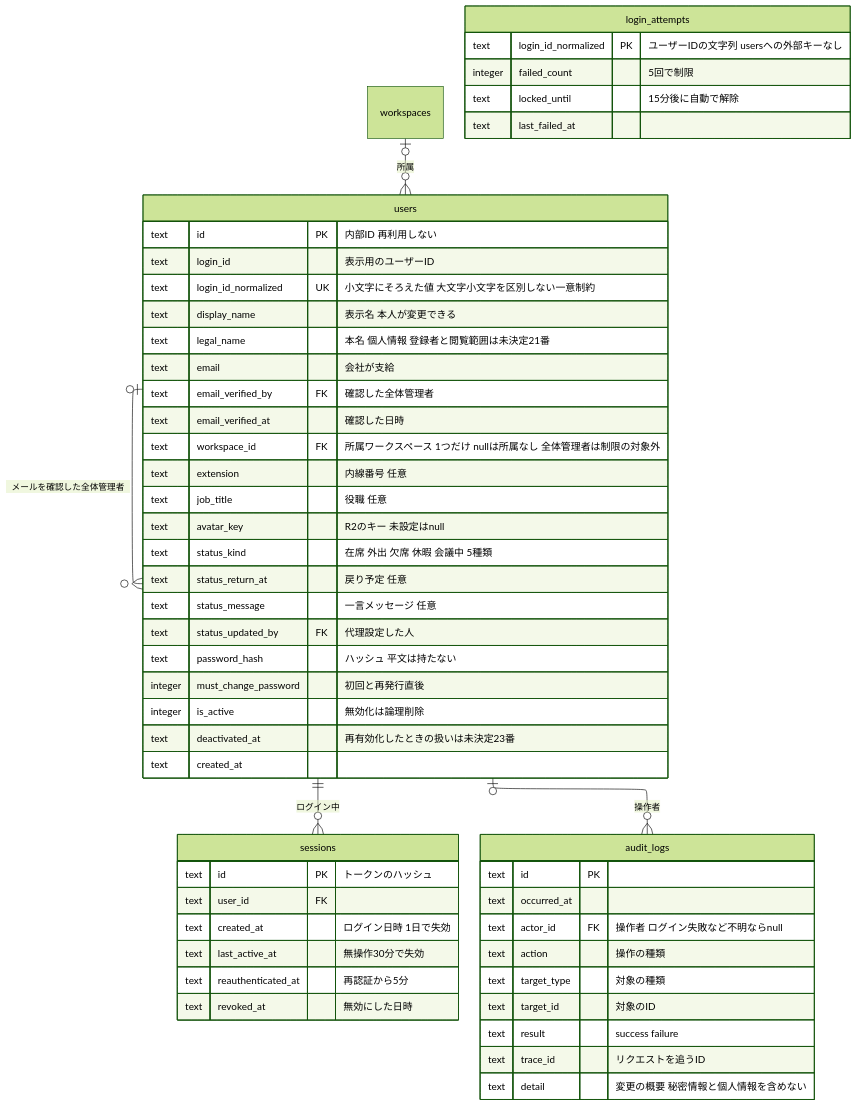
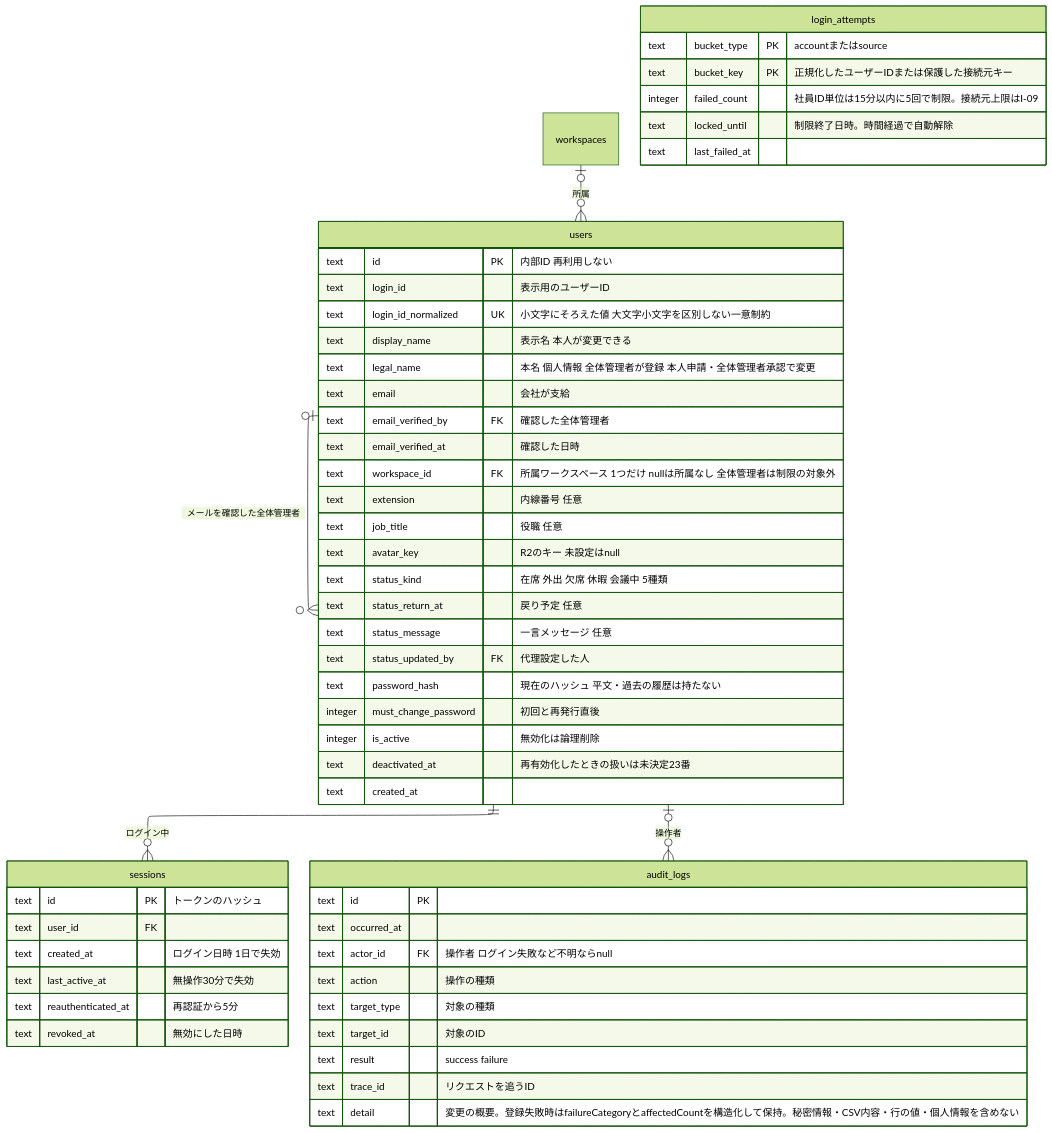
One commit to yamamotonaoki3/internal-system changed the fifth of 8 diagrams in docs/requirements/data-model.md. Above: the diagram before and after it, drawn with Mermaid (forest theme). The commit also changed other lines of this file and 20 other files, not shown here.

````diff
--- a/docs/requirements/data-model.md
+++ b/docs/requirements/data-model.md
@@ -140,60 +142,61 @@
 ```mermaid
 ---
 config:
   layout: elk
 ---
 erDiagram
     workspaces |o--o{ users : "所属"
     users ||--o{ sessions : "ログイン中"
     users |o--o{ audit_logs : "操作者"
     users |o--o{ users : "メールを確認した全体管理者"
 
     users {
         text id PK "内部ID 再利用しない"
         text login_id "表示用のユーザーID"
         text login_id_normalized UK "小文字にそろえた値 大文字小文字を区別しない一意制約"
         text display_name "表示名 本人が変更できる"
-        text legal_name "本名 個人情報 登録者と閲覧範囲は未決定21番"
+        text legal_name "本名 個人情報 全体管理者が登録 本人申請・全体管理者承認で変更"
         text email "会社が支給"
         text email_verified_by FK "確認した全体管理者"
         text email_verified_at "確認した日時"
         text workspace_id FK "所属ワークスペース 1つだけ nullは所属なし 全体管理者は制限の対象外"
         text extension "内線番号 任意"
         text job_title "役職 任意"
         text avatar_key "R2のキー 未設定はnull"
         text status_kind "在席 外出 欠席 休暇 会議中 5種類"
         text status_return_at "戻り予定 任意"
         text status_message "一言メッセージ 任意"
         text status_updated_by FK "代理設定した人"
-        text password_hash "ハッシュ 平文は持たない"
+        text password_hash "現在のハッシュ 平文・過去の履歴は持たない"
         integer must_change_password "初回と再発行直後"
         integer is_active "無効化は論理削除"
         text deactivated_at "再有効化したときの扱いは未決定23番"
         text created_at
     }
     sessions {
         text id PK "トークンのハッシュ"
         text user_id FK
         text created_at "ログイン日時 1日で失効"
         text last_active_at "無操作30分で失効"
         text reauthenticated_at "再認証から5分"
         text revoked_at "無効にした日時"
     }
     login_attempts {
-        text login_id_normalized PK "ユーザーIDの文字列 usersへの外部キーなし"
-        integer failed_count "5回で制限"
-        text locked_until "15分後に自動で解除"
+        text bucket_type PK "accountまたはsource"
+        text bucket_key PK "正規化したユーザーIDまたは保護した接続元キー"
+        integer failed_count "社員ID単位は15分以内に5回で制限。接続元上限はI-09"
+        text locked_until "制限終了日時。時間経過で自動解除"
         text last_failed_at
     }
     audit_logs {
         text id PK
         text occurred_at
         text actor_id FK "操作者 ログイン失敗など不明ならnull"
         text action "操作の種類"
         text target_type "対象の種類"
         text target_id "対象のID"
         text result "success failure"
         text trace_id "リクエストを追うID"
-        text detail "変更の概要 秘密情報と個人情報を含めない"
+        text detail "変更の概要。登録失敗時はfailureCategoryとaffectedCountを構造化して保持。秘密情報・CSV内容・行の値・個人情報を含めない"
     }
 ```
````
